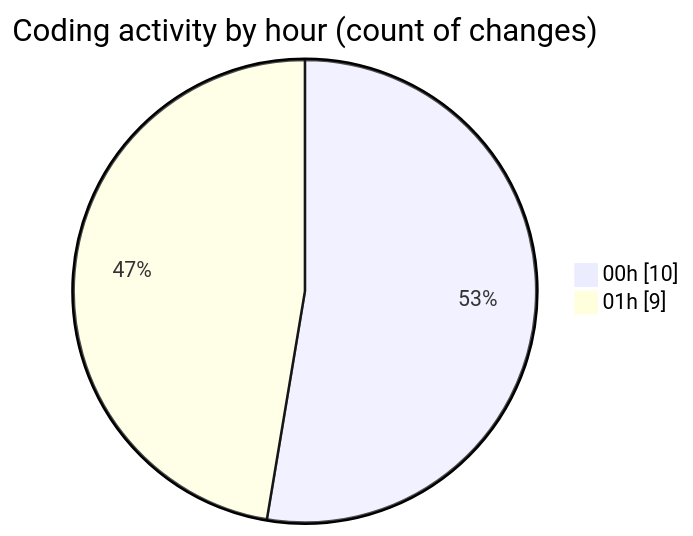
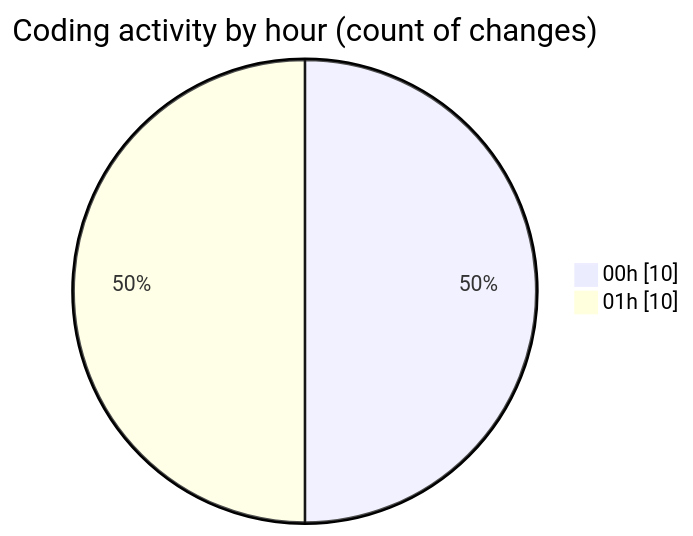
Before and after one commit to idhammustaqopulfikri/code-tracking: the second of 2 diagrams in 2025-06-18/studio-backend/README.md, drawn with Mermaid. The commit also changed other lines of this file and 1 other file, not shown here.

````diff
--- a/2025-06-18/studio-backend/README.md
+++ b/2025-06-18/studio-backend/README.md
@@ -30,6 +30,6 @@
 ```mermaid
 pie showData
 title Coding activity by hour (count of changes)
 "00h" : 10
-"01h" : 9
+"01h" : 10
 ```
````
